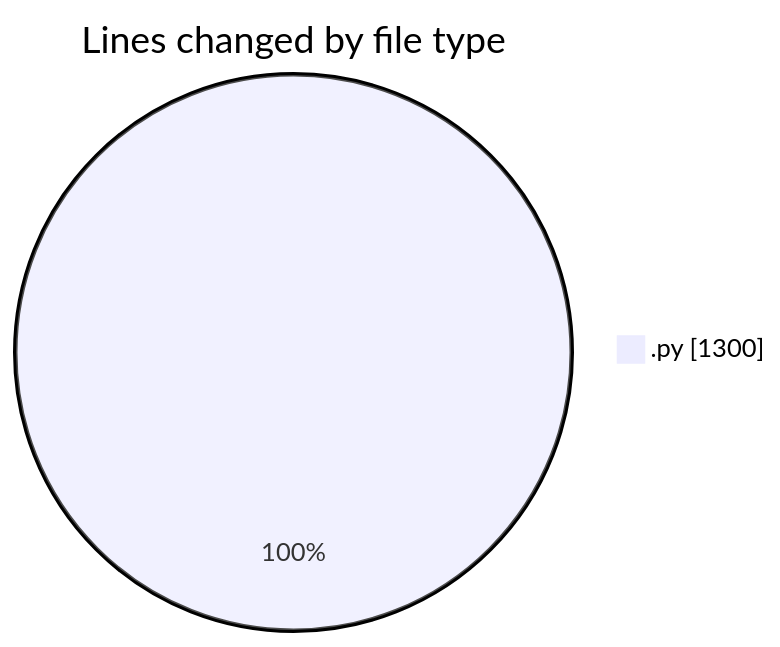
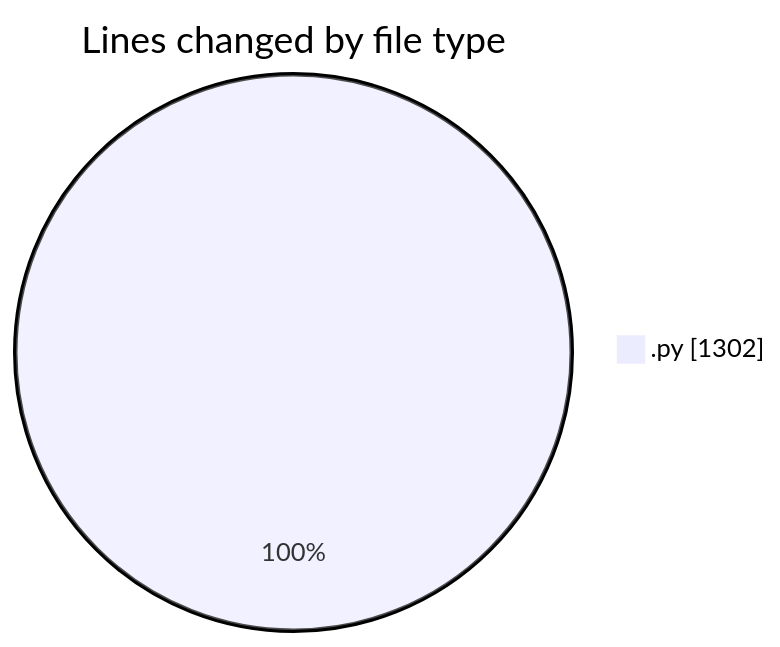
The first of 2 diagrams in 2025-10-10/eventscop-api-guide__workspace_/README.md (julien-gomy/code-tracking), drawn with Mermaid before and after one commit. The commit also changed other lines of this file and 1 other file, not shown here.

````diff
--- a/2025-10-10/eventscop-api-guide__workspace_/README.md
+++ b/2025-10-10/eventscop-api-guide__workspace_/README.md
@@ -23,5 +23,5 @@
 ```mermaid
 pie showData
 title Lines changed by file type
-".py" : 1300
+".py" : 1302
 ```
````
